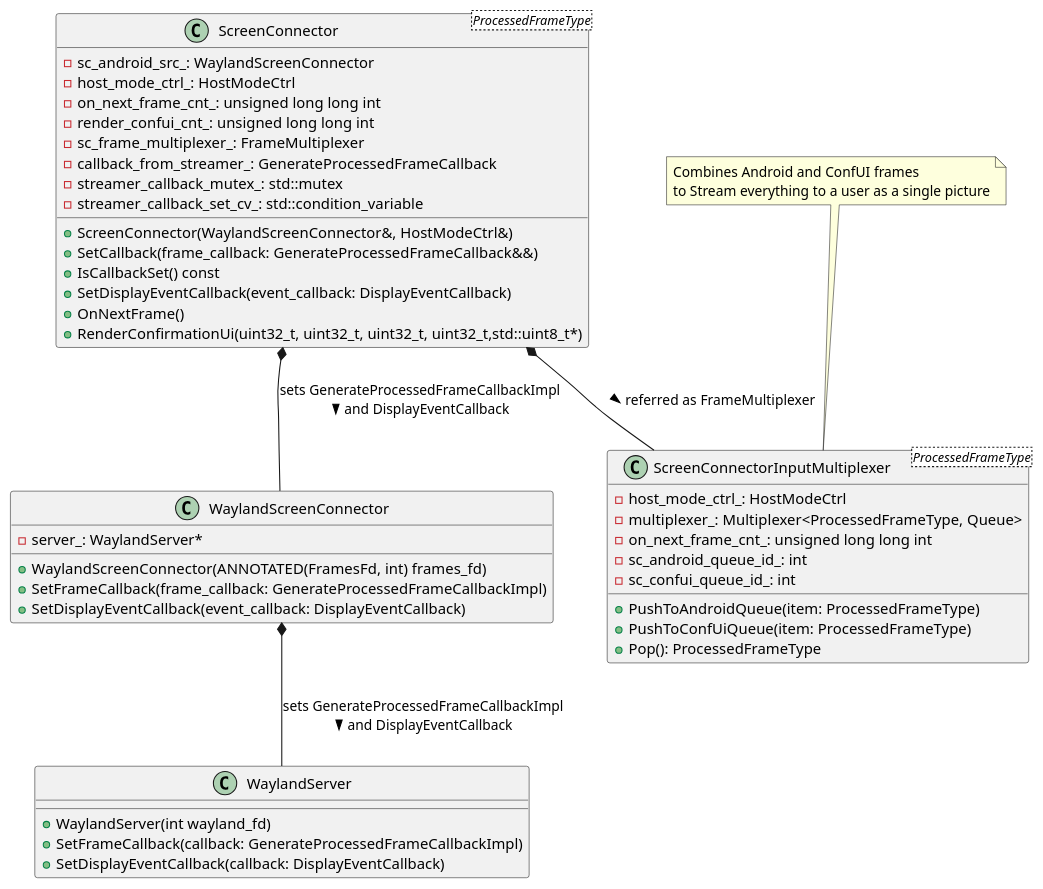
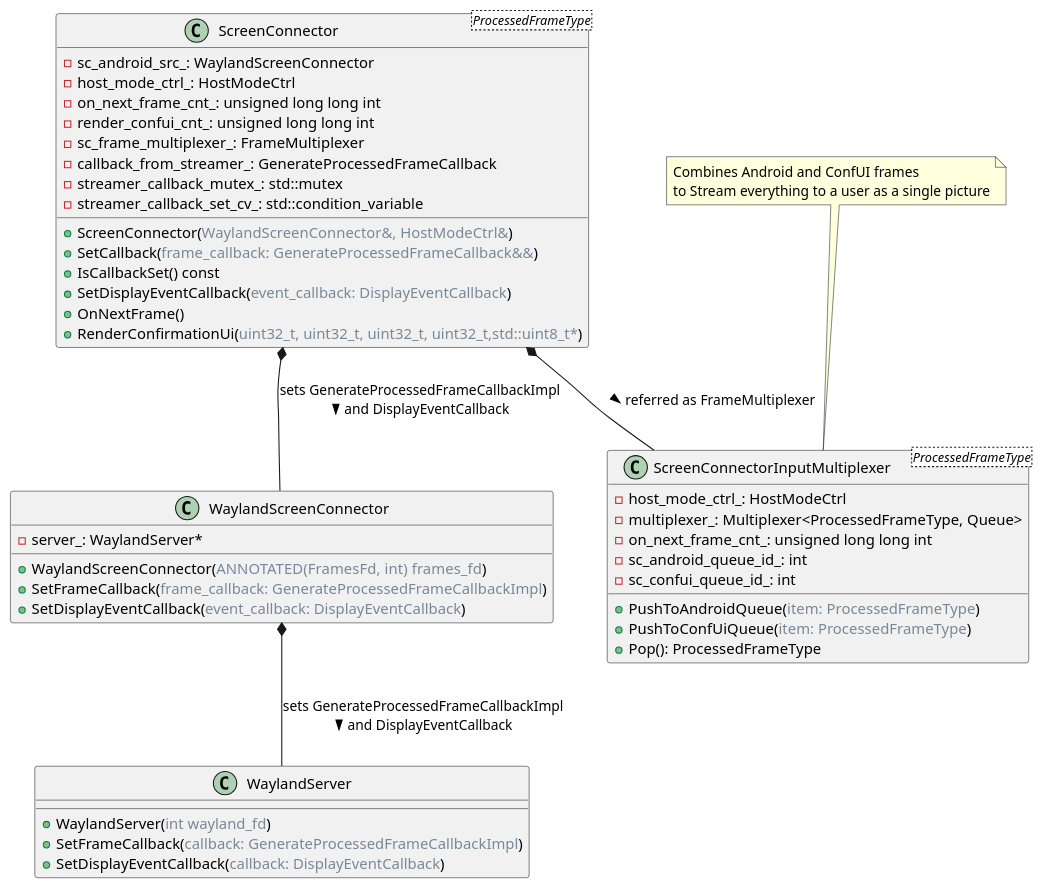
The diagram in screen_connector_diagram.puml (dmitvitalii/cf_diagrams), drawn with PlantUML before and after one commit. The commit also changed 3 other files, not shown here.

```diff
--- a/screen_connector_diagram.puml
+++ b/screen_connector_diagram.puml
@@ -1,50 +1,51 @@
 @startuml
 
 class WaylandScreenConnector {
   -server_: WaylandServer*
-  +WaylandScreenConnector(ANNOTATED(FramesFd, int) frames_fd)
-  +SetFrameCallback(frame_callback: GenerateProcessedFrameCallbackImpl)
-  +SetDisplayEventCallback(event_callback: DisplayEventCallback)
+  +WaylandScreenConnector(<color:LightSlateGray>ANNOTATED(FramesFd, int) frames_fd</color>)
+  +SetFrameCallback(<color:LightSlateGray>frame_callback: GenerateProcessedFrameCallbackImpl</color>)
+  +SetDisplayEventCallback(<color:LightSlateGray>event_callback: DisplayEventCallback</color>)
 }
 
+' todo remove
 class WaylandServer {
-  +WaylandServer(int wayland_fd)
-  +SetFrameCallback(callback: GenerateProcessedFrameCallbackImpl)
-  +SetDisplayEventCallback(callback: DisplayEventCallback)
+  +WaylandServer(<color:LightSlateGray>int wayland_fd</color>)
+  +SetFrameCallback(<color:LightSlateGray>callback: GenerateProcessedFrameCallbackImpl</color>)
+  +SetDisplayEventCallback(<color:LightSlateGray>callback: DisplayEventCallback</color>)
 }
 
 class ScreenConnector<ProcessedFrameType> {
   -sc_android_src_: WaylandScreenConnector
   -host_mode_ctrl_: HostModeCtrl
   -on_next_frame_cnt_: unsigned long long int
   -render_confui_cnt_: unsigned long long int
   -sc_frame_multiplexer_: FrameMultiplexer
   -callback_from_streamer_: GenerateProcessedFrameCallback
   -streamer_callback_mutex_: std::mutex
   -streamer_callback_set_cv_: std::condition_variable
-  +ScreenConnector(WaylandScreenConnector&, HostModeCtrl&)
-  +SetCallback(frame_callback: GenerateProcessedFrameCallback&&)
+  +ScreenConnector(<color:LightSlateGray>WaylandScreenConnector&, HostModeCtrl&</color>)
+  +SetCallback(<color:LightSlateGray>frame_callback: GenerateProcessedFrameCallback&&</color>)
   +IsCallbackSet() const
-  +SetDisplayEventCallback(event_callback: DisplayEventCallback)
+  +SetDisplayEventCallback(<color:LightSlateGray>event_callback: DisplayEventCallback</color>)
   +OnNextFrame()
-  +RenderConfirmationUi(uint32_t, uint32_t, uint32_t, uint32_t,std::uint8_t*)
+  +RenderConfirmationUi(<color:LightSlateGray>uint32_t, uint32_t, uint32_t, uint32_t,std::uint8_t*</color>)
 }
 
 class ScreenConnectorInputMultiplexer<ProcessedFrameType> {
   - host_mode_ctrl_: HostModeCtrl
   - multiplexer_: Multiplexer<ProcessedFrameType, Queue>
   - on_next_frame_cnt_: unsigned long long int
   - sc_android_queue_id_: int
   - sc_confui_queue_id_: int
-  + PushToAndroidQueue(item: ProcessedFrameType)
-  + PushToConfUiQueue(item: ProcessedFrameType)
+  + PushToAndroidQueue(<color:LightSlateGray>item: ProcessedFrameType</color>)
+  + PushToConfUiQueue(<color:LightSlateGray>item: ProcessedFrameType</color>)
   + Pop(): ProcessedFrameType
 }
 note top of ScreenConnectorInputMultiplexer: Combines Android and ConfUI frames\nto Stream everything to a user as a single picture
 
 ScreenConnector *-- ScreenConnectorInputMultiplexer : referred as FrameMultiplexer >
 
 ScreenConnector *-- WaylandScreenConnector : sets GenerateProcessedFrameCallbackImpl\nand DisplayEventCallback >
 WaylandScreenConnector *-- WaylandServer : sets GenerateProcessedFrameCallbackImpl\nand DisplayEventCallback >
 
 @enduml
```
